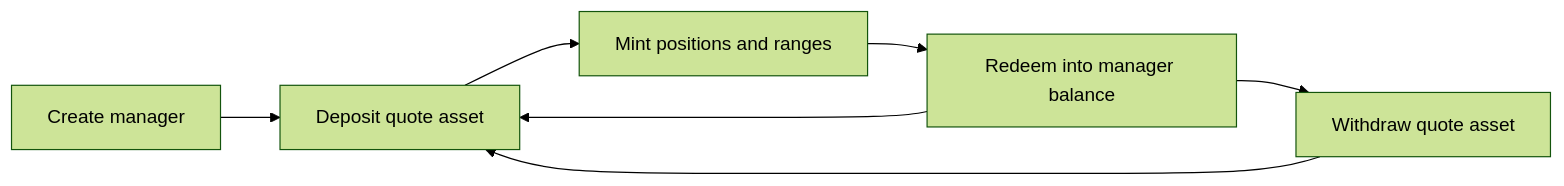
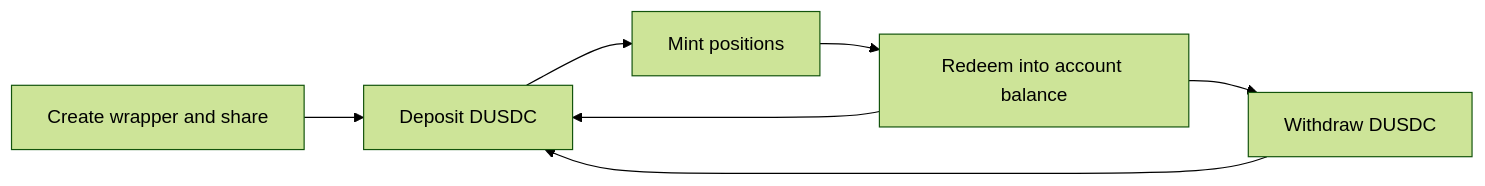
One commit to MystenLabs/sui changed the diagram in docs/content/onchain-finance/deepbook/deepbook-predict/contract-information/predict-manager.mdx. Above: the diagram before and after it, drawn with Mermaid (forest theme). The commit also changed other lines of this file and 22 other files, not shown here.

````diff
--- a/docs/content/onchain-finance/deepbook/deepbook-predict/contract-information/predict-manager.mdx
+++ b/docs/content/onchain-finance/deepbook/deepbook-predict/contract-information/predict-manager.mdx
@@ -52,9 +71,9 @@
 ```mermaid
 flowchart LR
-    A[Create manager] --> B[Deposit quote asset]
-    B --> C[Mint positions and ranges]
-    C --> D[Redeem into manager balance]
+    A[Create wrapper and share] --> B[Deposit DUSDC]
+    B --> C[Mint positions]
+    C --> D[Redeem into account balance]
     D --> B
-    D --> E[Withdraw quote asset]
+    D --> E[Withdraw DUSDC]
     E --> B
 ```
````
